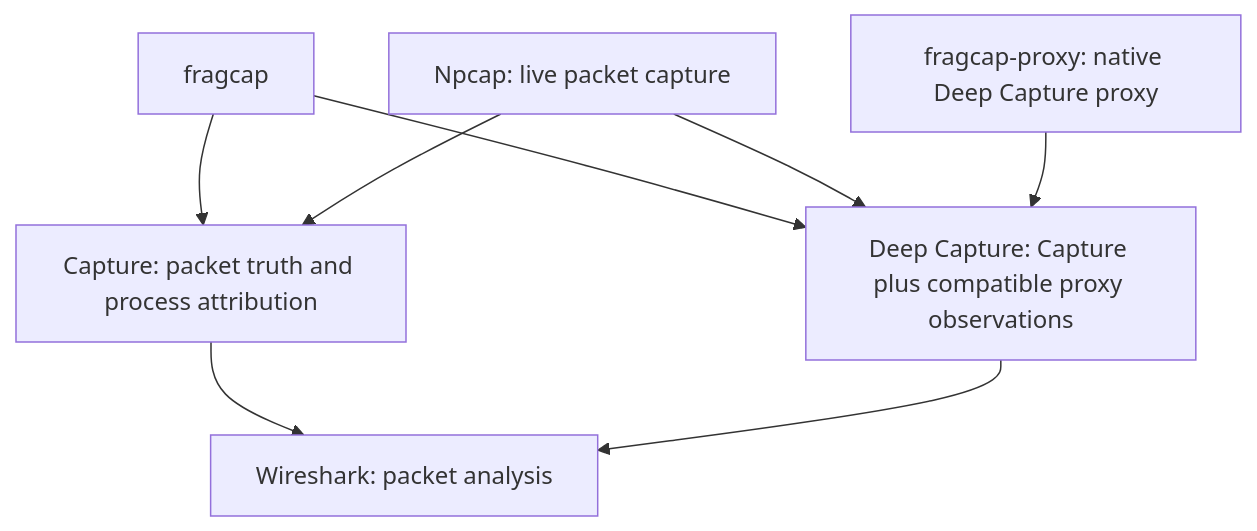
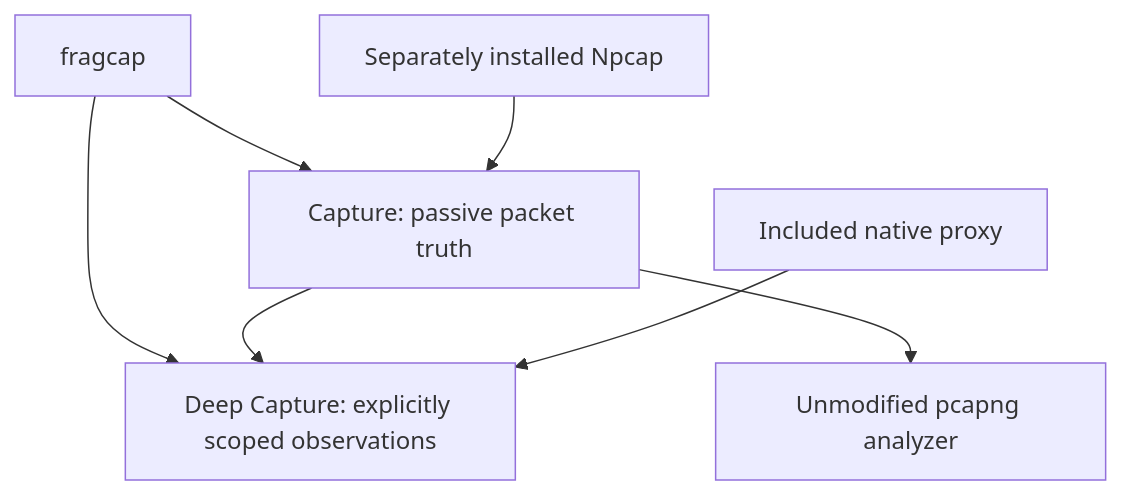
One commit to h8rt3rmin8r/fragcap changed the diagram in site/content/docs/getting-started.mdx. Above: the diagram before and after it, drawn with Mermaid. The commit also changed other lines of this file and 41 other files, not shown here.

````diff
--- a/site/content/docs/getting-started.mdx
+++ b/site/content/docs/getting-started.mdx
@@ -23,16 +16,10 @@
 ```mermaid
-flowchart TD
-  fragcap["fragcap"]
-  npcap["Npcap: live packet capture"]
-  wireshark["Wireshark: packet analysis"]
-  proxy["fragcap-proxy: native Deep Capture proxy"]
-  capture["Capture: packet truth and process attribution"]
-  deep["Deep Capture: Capture plus compatible proxy observations"]
-  fragcap --> capture
-  fragcap --> deep
-  npcap --> capture
-  npcap --> deep
-  proxy --> deep
-  capture --> wireshark
-  deep --> wireshark
+flowchart TB
+  accTitle: Separate packet and application observation dependencies
+  fragcap["fragcap"] --> capture["Capture: passive packet truth"]
+  fragcap --> deep["Deep Capture: explicitly scoped observations"]
+  npcap["Separately installed Npcap"] --> capture
+  capture --> deep
+  proxy["Included native proxy"] --> deep
+  capture --> analyzer["Unmodified pcapng analyzer"]
 ```
````
